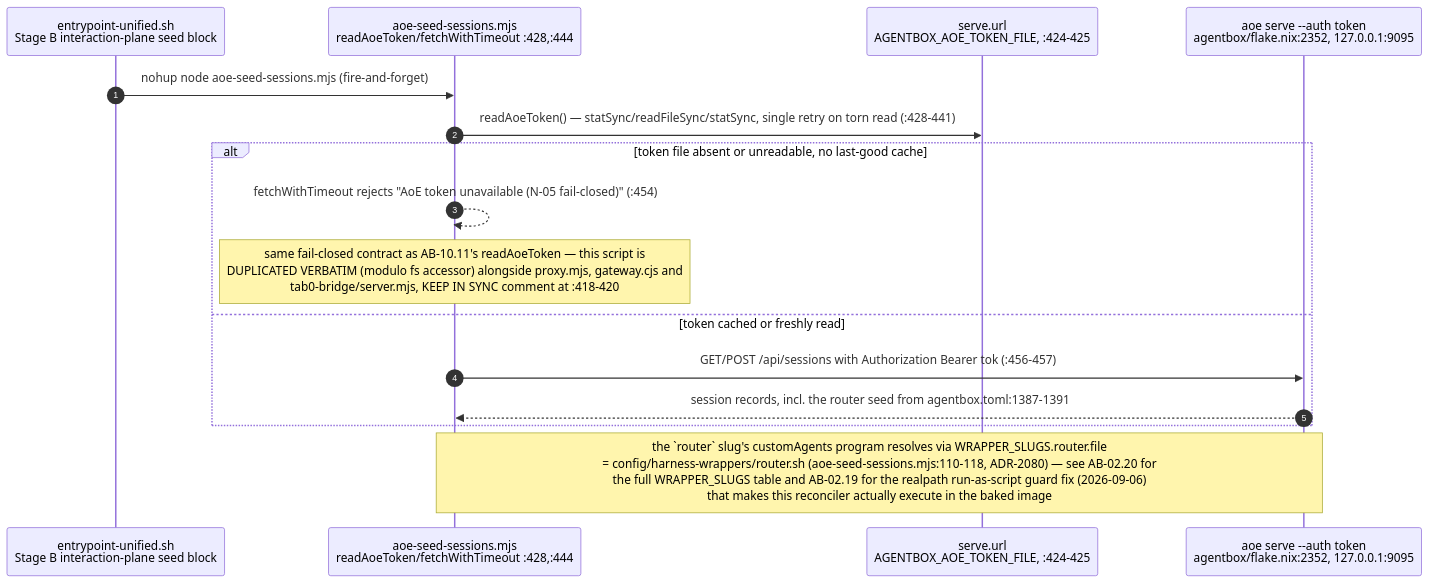
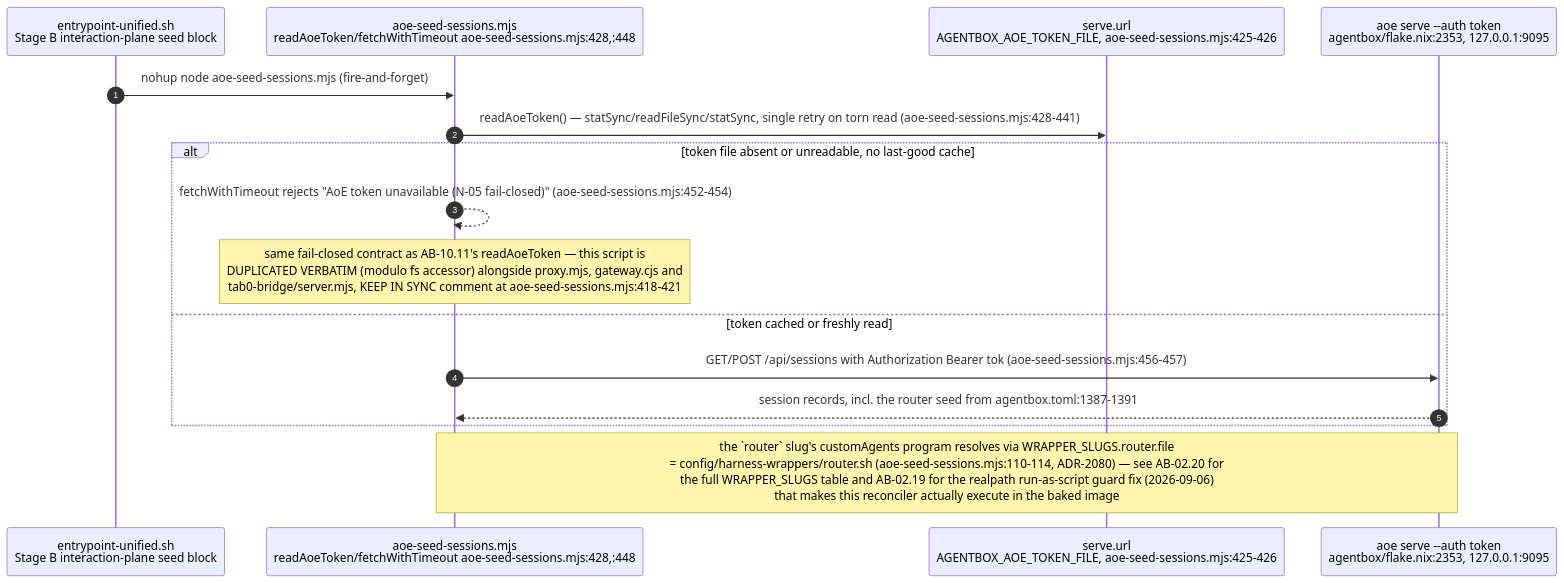
One commit to DreamLab-AI/VisionFlow changed diagram 13 of 14 in docs/diagrams/agentbox/10-ingress-nip98-proxy-and-aoe.md. Above: the diagram before and after it, drawn with Mermaid. The commit also changed other lines of this file and 185 other files, not shown here.

Commit message:
docs(estate): reconcile diagrams and ADRs with source and define closeout sprint

````diff
--- a/docs/diagrams/agentbox/10-ingress-nip98-proxy-and-aoe.md
+++ b/docs/diagrams/agentbox/10-ingress-nip98-proxy-and-aoe.md
@@ -521,19 +537,19 @@
 ```mermaid
 sequenceDiagram
     autonumber
     participant E as entrypoint-unified.sh<br/>Stage B interaction-plane seed block
-    participant SEED as aoe-seed-sessions.mjs<br/>readAoeToken/fetchWithTimeout :428,:444
-    participant FS as serve.url<br/>AGENTBOX_AOE_TOKEN_FILE, :424-425
-    participant AOE as aoe serve --auth token<br/>agentbox/flake.nix:2352, 127.0.0.1:9095
+    participant SEED as aoe-seed-sessions.mjs<br/>readAoeToken/fetchWithTimeout aoe-seed-sessions.mjs:428,:448
+    participant FS as serve.url<br/>AGENTBOX_AOE_TOKEN_FILE, aoe-seed-sessions.mjs:425-426
+    participant AOE as aoe serve --auth token<br/>agentbox/flake.nix:2353, 127.0.0.1:9095
 
     E->>SEED: nohup node aoe-seed-sessions.mjs (fire-and-forget)
-    SEED->>FS: readAoeToken() — statSync/readFileSync/statSync, single retry on torn read (:428-441)
+    SEED->>FS: readAoeToken() — statSync/readFileSync/statSync, single retry on torn read (aoe-seed-sessions.mjs:428-441)
     alt token file absent or unreadable, no last-good cache
-        SEED-->>SEED: fetchWithTimeout rejects "AoE token unavailable (N-05 fail-closed)" (:454)
-        Note over SEED: same fail-closed contract as AB-10.11's readAoeToken — this script is<br/>DUPLICATED VERBATIM (modulo fs accessor) alongside proxy.mjs, gateway.cjs and<br/>tab0-bridge/server.mjs, KEEP IN SYNC comment at :418-420
+        SEED-->>SEED: fetchWithTimeout rejects "AoE token unavailable (N-05 fail-closed)" (aoe-seed-sessions.mjs:452-454)
+        Note over SEED: same fail-closed contract as AB-10.11's readAoeToken — this script is<br/>DUPLICATED VERBATIM (modulo fs accessor) alongside proxy.mjs, gateway.cjs and<br/>tab0-bridge/server.mjs, KEEP IN SYNC comment at aoe-seed-sessions.mjs:418-421
     else token cached or freshly read
-        SEED->>AOE: GET/POST /api/sessions with Authorization Bearer tok (:456-457)
+        SEED->>AOE: GET/POST /api/sessions with Authorization Bearer tok (aoe-seed-sessions.mjs:456-457)
         AOE-->>SEED: session records, incl. the router seed from agentbox.toml:1387-1391
     end
-    Note over SEED,AOE: the `router` slug's customAgents program resolves via WRAPPER_SLUGS.router.file<br/>= config/harness-wrappers/router.sh (aoe-seed-sessions.mjs:110-118, ADR-2080) — see AB-02.20 for<br/>the full WRAPPER_SLUGS table and AB-02.19 for the realpath run-as-script guard fix (2026-09-06)<br/>that makes this reconciler actually execute in the baked image
+    Note over SEED,AOE: the `router` slug's customAgents program resolves via WRAPPER_SLUGS.router.file<br/>= config/harness-wrappers/router.sh (aoe-seed-sessions.mjs:110-114, ADR-2080) — see AB-02.20 for<br/>the full WRAPPER_SLUGS table and AB-02.19 for the realpath run-as-script guard fix (2026-09-06)<br/>that makes this reconciler actually execute in the baked image
 ```
````
